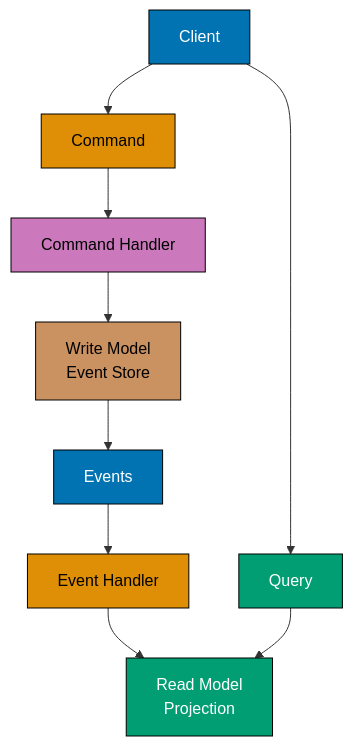
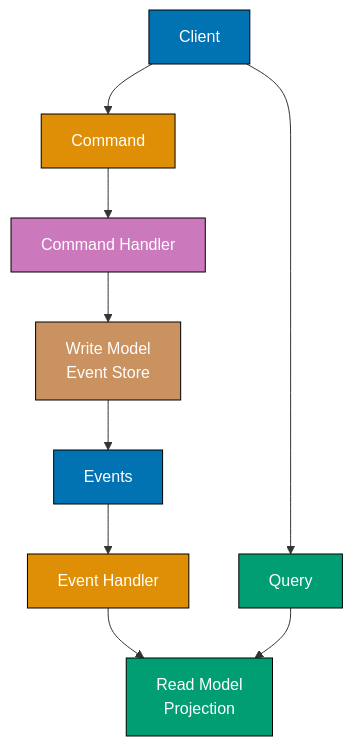
One commit to wahidyankf/open-sharia-enterprise changed the second of 3 diagrams in apps/ayokoding-web/content/en/learn/software-engineering/architecture/domain-driven-design-ddd/by-example/advanced.md. Above: the diagram before and after it, drawn with Mermaid. The commit also changed other lines of this file and 61 other files, not shown here.

First line of the commit message:
fix(ayokoding-web): quote Mermaid node labels with special characters in Example 63

````diff
--- a/apps/ayokoding-web/content/en/learn/software-engineering/architecture/domain-driven-design-ddd/by-example/advanced.md
+++ b/apps/ayokoding-web/content/en/learn/software-engineering/architecture/domain-driven-design-ddd/by-example/advanced.md
@@ -1446,20 +1446,20 @@
 ```mermaid
 graph TD
     A[Client] --> B[Command]
     A --> C[Query]
     B --> D[Command Handler]
     D --> E[Write Model<br/>Event Store]
     E --> F[Events]
     F --> G[Event Handler]
     G --> H[Read Model<br/>Projection]
     C --> H
 
     style A fill:#0173B2,stroke:#000,color:#fff
-    style B fill:#DE8F05,stroke:#000,color:#000
+    style B fill:#DE8F05,stroke:#000,color:#fff
     style C fill:#029E73,stroke:#000,color:#fff
-    style D fill:#CC78BC,stroke:#000,color:#000
-    style E fill:#CA9161,stroke:#000,color:#000
+    style D fill:#CC78BC,stroke:#000,color:#fff
+    style E fill:#CA9161,stroke:#000,color:#fff
     style F fill:#0173B2,stroke:#000,color:#fff
-    style G fill:#DE8F05,stroke:#000,color:#000
+    style G fill:#DE8F05,stroke:#000,color:#fff
     style H fill:#029E73,stroke:#000,color:#fff
 ```
````
